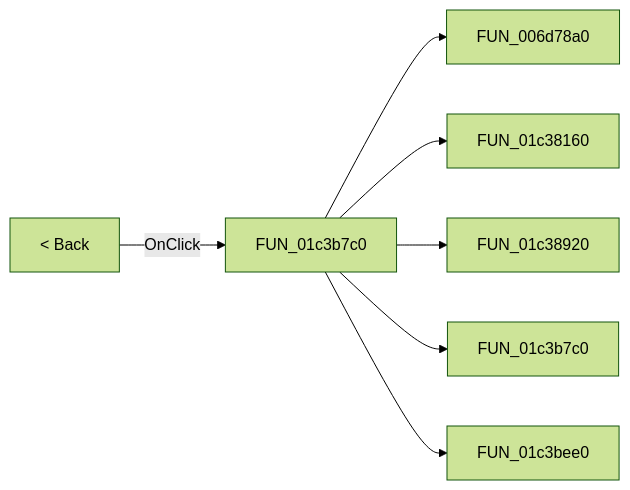
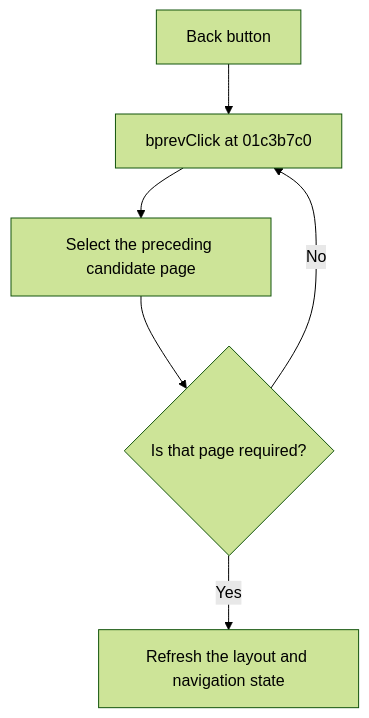
The diagram in docs/ui-controls/fmacrowiz/bprev-2cae13cc55.md (MovGP0/TIARA), drawn with Mermaid (forest theme) before and after one commit. The commit also changed other lines of this file and 387 other files, not shown here.

````diff
--- a/docs/ui-controls/fmacrowiz/bprev-2cae13cc55.md
+++ b/docs/ui-controls/fmacrowiz/bprev-2cae13cc55.md
@@ -27,9 +20,8 @@
 ```mermaid
-flowchart LR
-    control["< Back"] -->|OnClick| handler["FUN_01c3b7c0"]
-    handler --> call1["FUN_006d78a0"]
-    handler --> call2["FUN_01c38160"]
-    handler --> call3["FUN_01c38920"]
-    handler --> call4["FUN_01c3b7c0"]
-    handler --> call5["FUN_01c3bee0"]
+flowchart TD
+    control["Back button"] --> handler["bprevClick at 01c3b7c0"]
+    handler --> previous["Select the preceding candidate page"]
+    previous --> required{"Is that page required?"}
+    required -->|No| handler
+    required -->|Yes| refresh["Refresh the layout and navigation state"]
 ```
````
